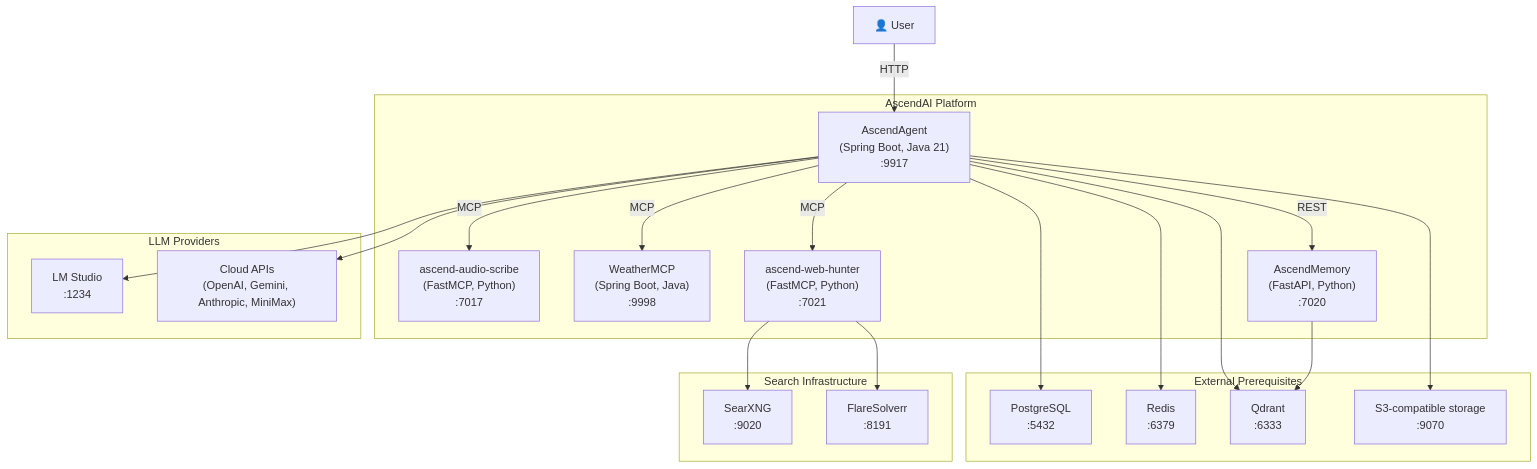
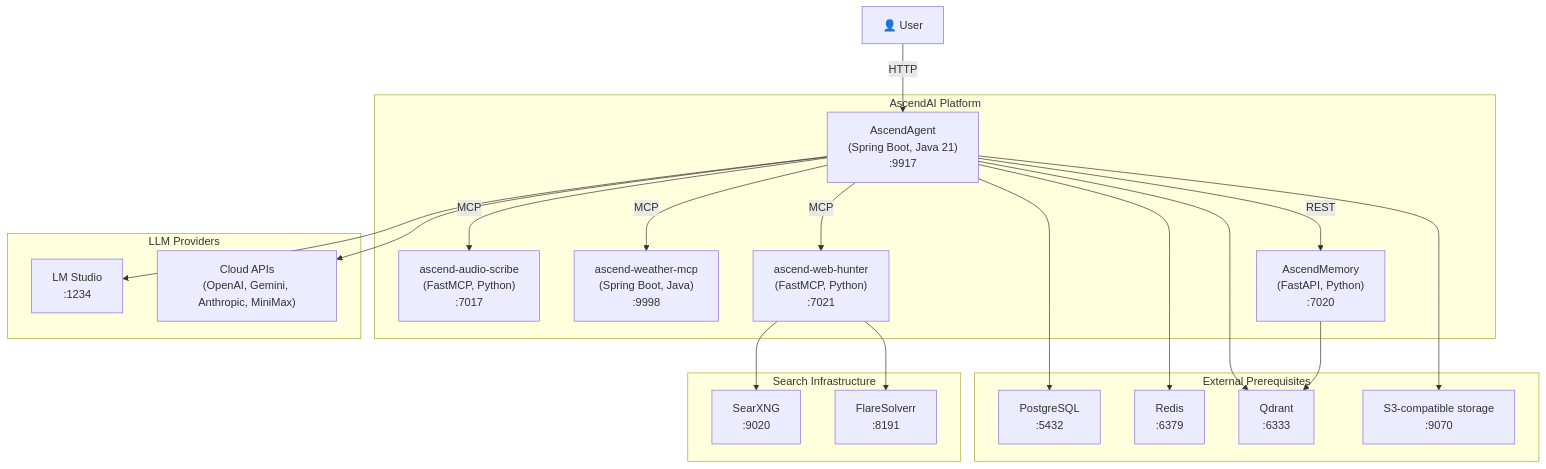
The diagram in AscendAgent/docs/architecture/diagrams/container-diagram.md (Lukk17/AscendAI), drawn with Mermaid before and after one commit. The commit also changed 446 other files, not shown here.

````diff
--- a/AscendAgent/docs/architecture/diagrams/container-diagram.md
+++ b/AscendAgent/docs/architecture/diagrams/container-diagram.md
@@ -3,44 +3,44 @@
 ```mermaid
 graph TB
     User["👤 User"]
 
     subgraph "AscendAI Platform"
         AscendAgent["AscendAgent<br/>(Spring Boot, Java 21)<br/>:9917"]
         AudioScribe["ascend-audio-scribe<br/>(FastMCP, Python)<br/>:7017"]
-        Weather["WeatherMCP<br/>(Spring Boot, Java)<br/>:9998"]
+        Weather["ascend-weather-mcp<br/>(Spring Boot, Java)<br/>:9998"]
         WebHunter["ascend-web-hunter<br/>(FastMCP, Python)<br/>:7021"]
         Memory["AscendMemory<br/>(FastAPI, Python)<br/>:7020"]
     end
 
     subgraph "External Prerequisites"
         Postgres["PostgreSQL<br/>:5432"]
         Redis["Redis<br/>:6379"]
         Qdrant["Qdrant<br/>:6333"]
         S3["S3-compatible storage<br/>:9070"]
     end
 
     subgraph "Search Infrastructure"
         SearXNG["SearXNG<br/>:9020"]
         FlareSolverr["FlareSolverr<br/>:8191"]
     end
 
     subgraph "LLM Providers"
         LMStudio["LM Studio<br/>:1234"]
         CloudAPIs["Cloud APIs<br/>(OpenAI, Gemini, Anthropic, MiniMax)"]
     end
 
     User -->|"HTTP"| AscendAgent
     AscendAgent -->|"MCP"| AudioScribe
     AscendAgent -->|"MCP"| Weather
     AscendAgent -->|"MCP"| WebHunter
     AscendAgent -->|"REST"| Memory
     AscendAgent --> Postgres
     AscendAgent --> Redis
     AscendAgent --> Qdrant
     AscendAgent --> S3
     AscendAgent --> LMStudio
     AscendAgent --> CloudAPIs
     WebHunter --> SearXNG
     WebHunter --> FlareSolverr
     Memory --> Qdrant
 ```
````
